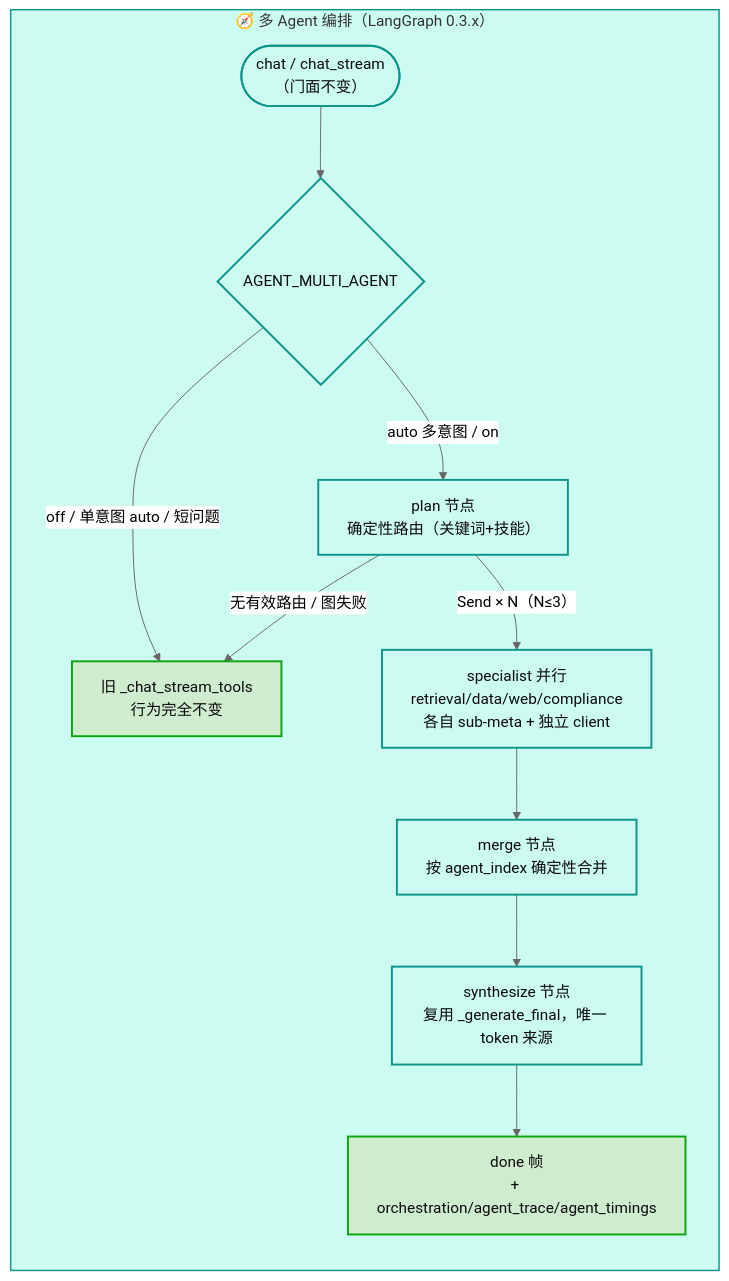
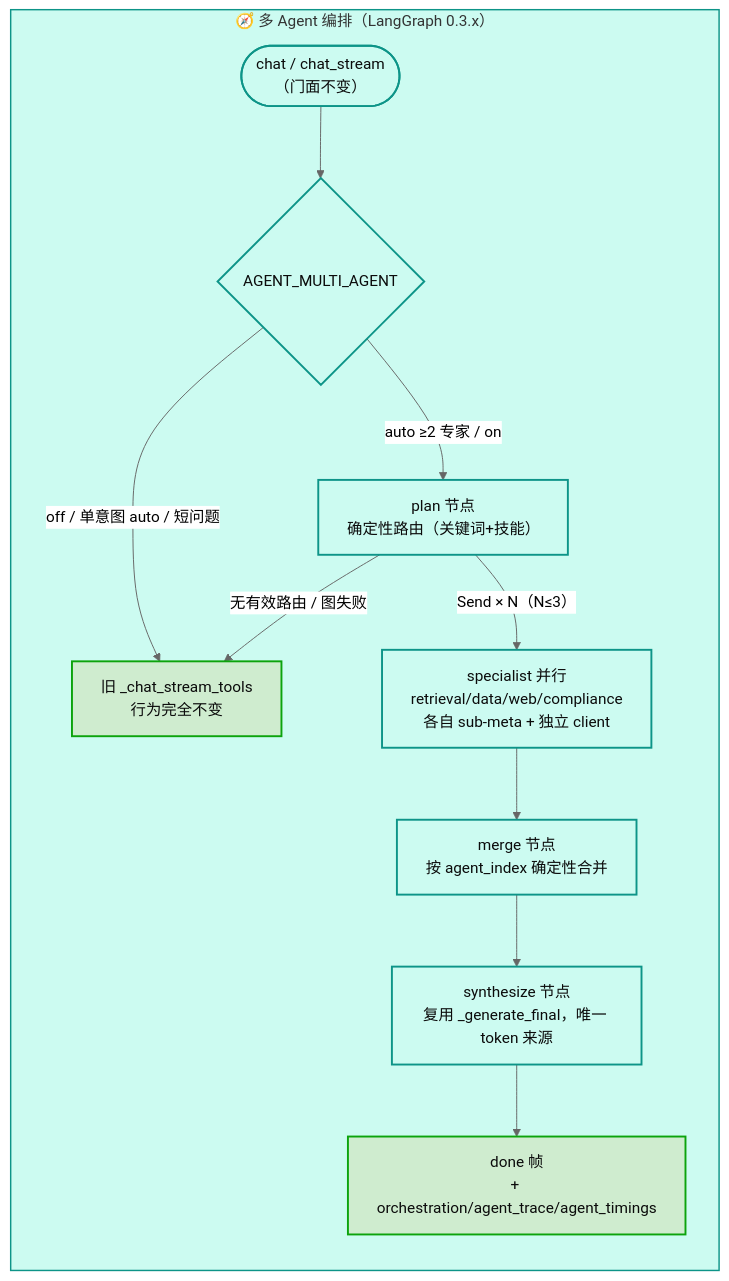
One commit to lj105183000/bidding-agent changed diagram 21 of 21 in bidding-agent/docs/组件工作机制.md. Above: the diagram before and after it, drawn with Mermaid (neutral theme). The commit also changed other lines of this file and 5 other files, not shown here.

First line of the commit message:
fix(agent): auto 模式只对 ≥2 个 specialist 走图 (#12)

````diff
--- a/bidding-agent/docs/组件工作机制.md
+++ b/bidding-agent/docs/组件工作机制.md
@@ -822,20 +822,20 @@
 ```mermaid
 flowchart TB
   subgraph MA["🧭 多 Agent 编排（LangGraph 0.3.x）"]
     direction TB
     M0(["chat / chat_stream<br/>（门面不变）"]) --> M1{"AGENT_MULTI_AGENT"}
     M1 -->|"off / 单意图 auto / 短问题"| M2["旧 _chat_stream_tools<br/>行为完全不变"]
-    M1 -->|"auto 多意图 / on"| M3["plan 节点<br/>确定性路由（关键词+技能）"]
+    M1 -->|"auto ≥2 专家 / on"| M3["plan 节点<br/>确定性路由（关键词+技能）"]
     M3 -->|"Send × N（N≤3）"| M4["specialist 并行<br/>retrieval/data/web/compliance<br/>各自 sub-meta + 独立 client"]
     M4 --> M5["merge 节点<br/>按 agent_index 确定性合并"]
     M5 --> M6["synthesize 节点<br/>复用 _generate_final，唯一 token 来源"]
     M6 --> M7["done 帧<br/>+ orchestration/agent_trace/agent_timings"]
     M3 -->|"无有效路由 / 图失败"| M2
   end
 
   classDef cMA fill:#ccfbf1,stroke:#0d9488,stroke-width:2px,color:#0b0b0b;
   classDef cOK fill:#cfeccf,stroke:#0ca30c,stroke-width:2px,color:#0b0b0b;
   class M0,M1,M3,M4,M5,M6 cMA;
   class M2,M7 cOK;
   style MA fill:#ccfbf1,stroke:#0d9488,stroke-width:1.5px;
 ```
````
